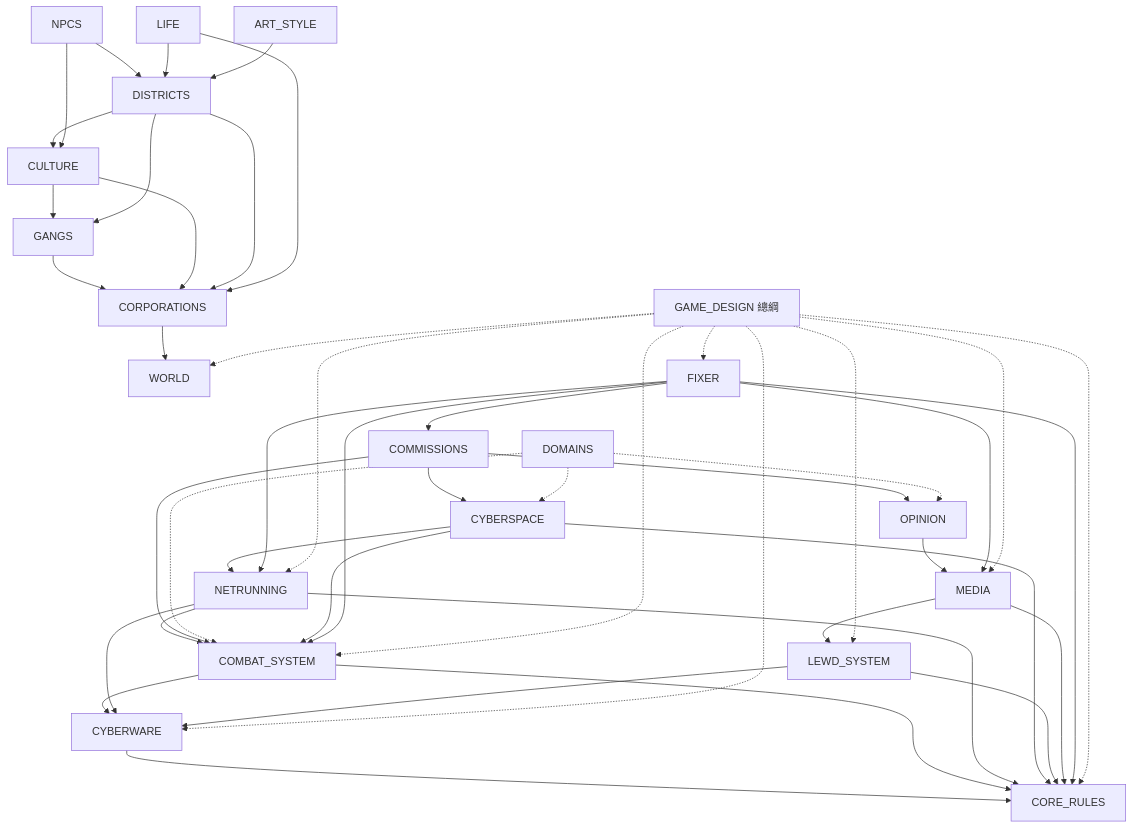
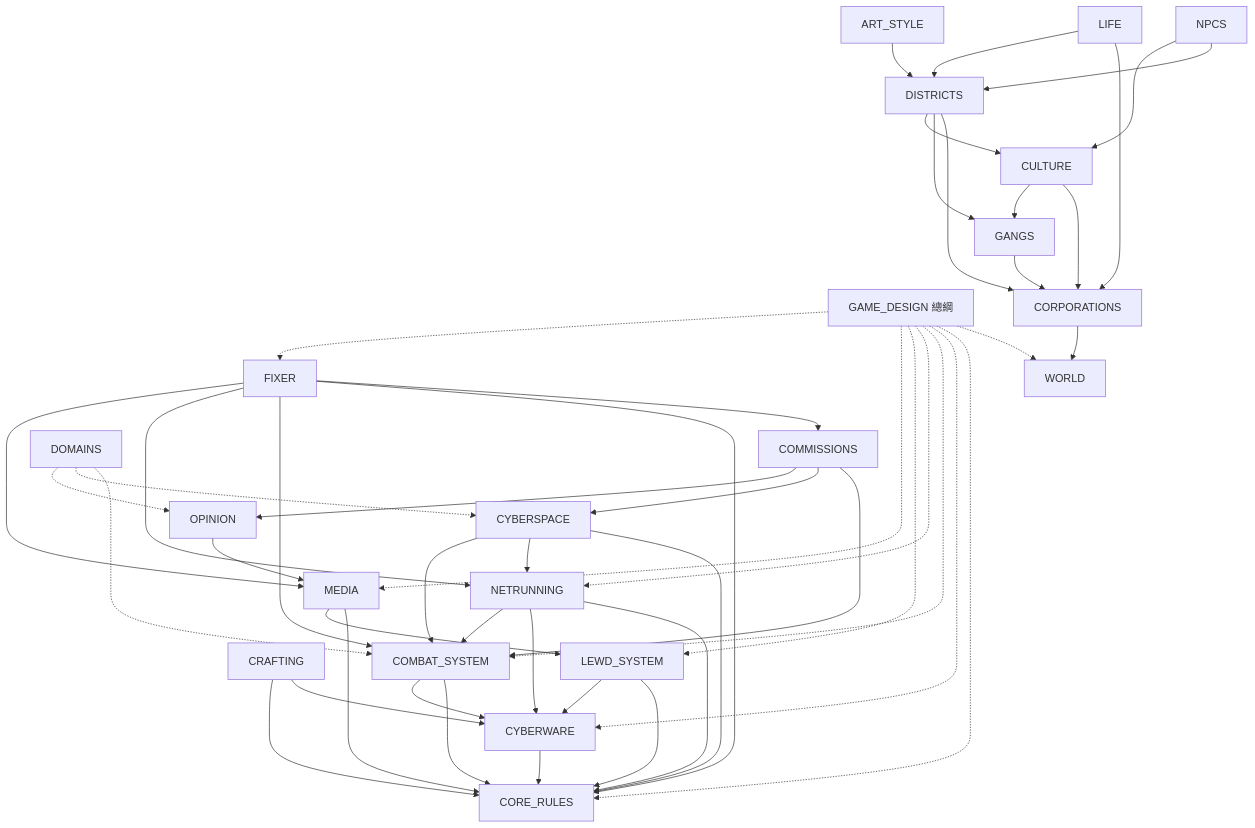
The diagram in docs/README.md (yellow630914/CyberpunkPink), drawn with Mermaid before and after one commit. The commit also changed other lines of this file and 8 other files, not shown here.

````diff
--- a/docs/README.md
+++ b/docs/README.md
@@ -53,42 +54,44 @@
 ```mermaid
 flowchart TD
   GD[GAME_DESIGN 總綱]
   WD[WORLD]
   CO[CORPORATIONS] --> WD
   GA[GANGS] --> CO
   CU[CULTURE] --> CO
   CU --> GA
   DI[DISTRICTS] --> CO
   DI --> GA
   DI --> CU
   NP[NPCS] --> DI
   LI[LIFE] --> CO
   LI --> DI
   NP --> CU
   AR[ART_STYLE] --> DI
   CR[CORE_RULES]
   CW[CYBERWARE] --> CR
+  CF[CRAFTING] --> CW
+  CF --> CR
   CB[COMBAT_SYSTEM] --> CR
   CB --> CW
   NR[NETRUNNING] --> CR
   NR --> CW
   NR --> CB
   CS[CYBERSPACE] --> CR
   OP[OPINION] --> MD
   CM[COMMISSIONS] --> CB
   CM --> CS
   CM --> OP
   FX --> CM
   DO[DOMAINS] -.-> CB & CS & OP
   CS --> NR
   CS --> CB
   LS[LEWD_SYSTEM] --> CR
   LS --> CW
   MD[MEDIA] --> CR
   MD --> LS
   FX[FIXER] --> CR
   FX --> CB
   FX --> NR
   FX --> MD
   GD -.-> WD & CR & CW & CB & NR & LS & MD & FX
 ```
````
